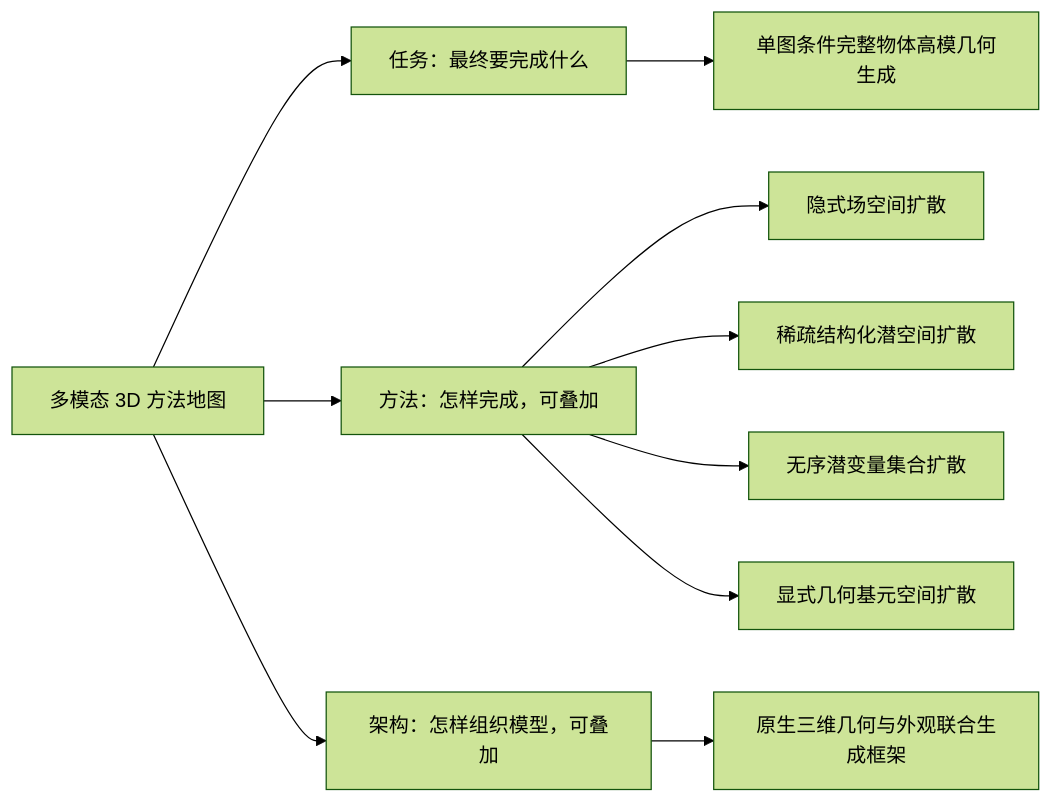
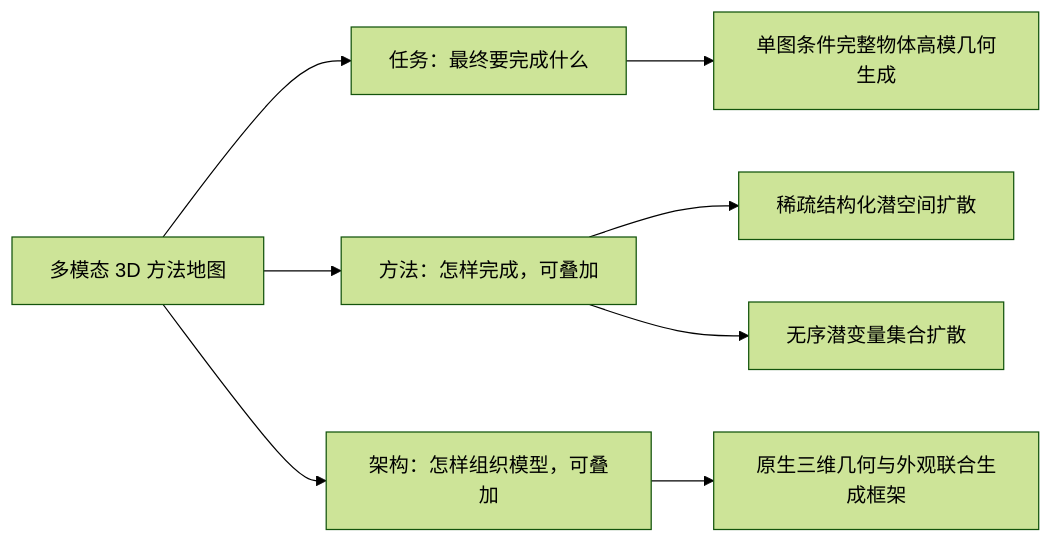
Before and after one commit to jinjianzhao/daily-papers: the third of 7 diagrams in surveys/single-image-diffusion-highres-3d-20260930/survey.md, drawn with Mermaid (forest theme). The commit also changed other lines of this file and 38 other files, not shown here.

````diff
--- a/surveys/single-image-diffusion-highres-3d-20260930/survey.md
+++ b/surveys/single-image-diffusion-highres-3d-20260930/survey.md
@@ -53,22 +53,18 @@
 ```mermaid
 flowchart LR
   ROOT["多模态 3D 方法地图"]
   D1["任务：最终要完成什么"]
   ROOT --> D1
   D1C1["单图条件完整物体高模几何生成"]
   D1 --> D1C1
   D2["方法：怎样完成，可叠加"]
   ROOT --> D2
-  D2C1["隐式场空间扩散"]
+  D2C1["稀疏结构化潜空间扩散"]
   D2 --> D2C1
-  D2C2["稀疏结构化潜空间扩散"]
+  D2C2["无序潜变量集合扩散"]
   D2 --> D2C2
-  D2C3["无序潜变量集合扩散"]
-  D2 --> D2C3
-  D2C4["显式几何基元空间扩散"]
-  D2 --> D2C4
   D3["架构：怎样组织模型，可叠加"]
   ROOT --> D3
   D3C1["原生三维几何与外观联合生成框架"]
   D3 --> D3C1
 ```
````
